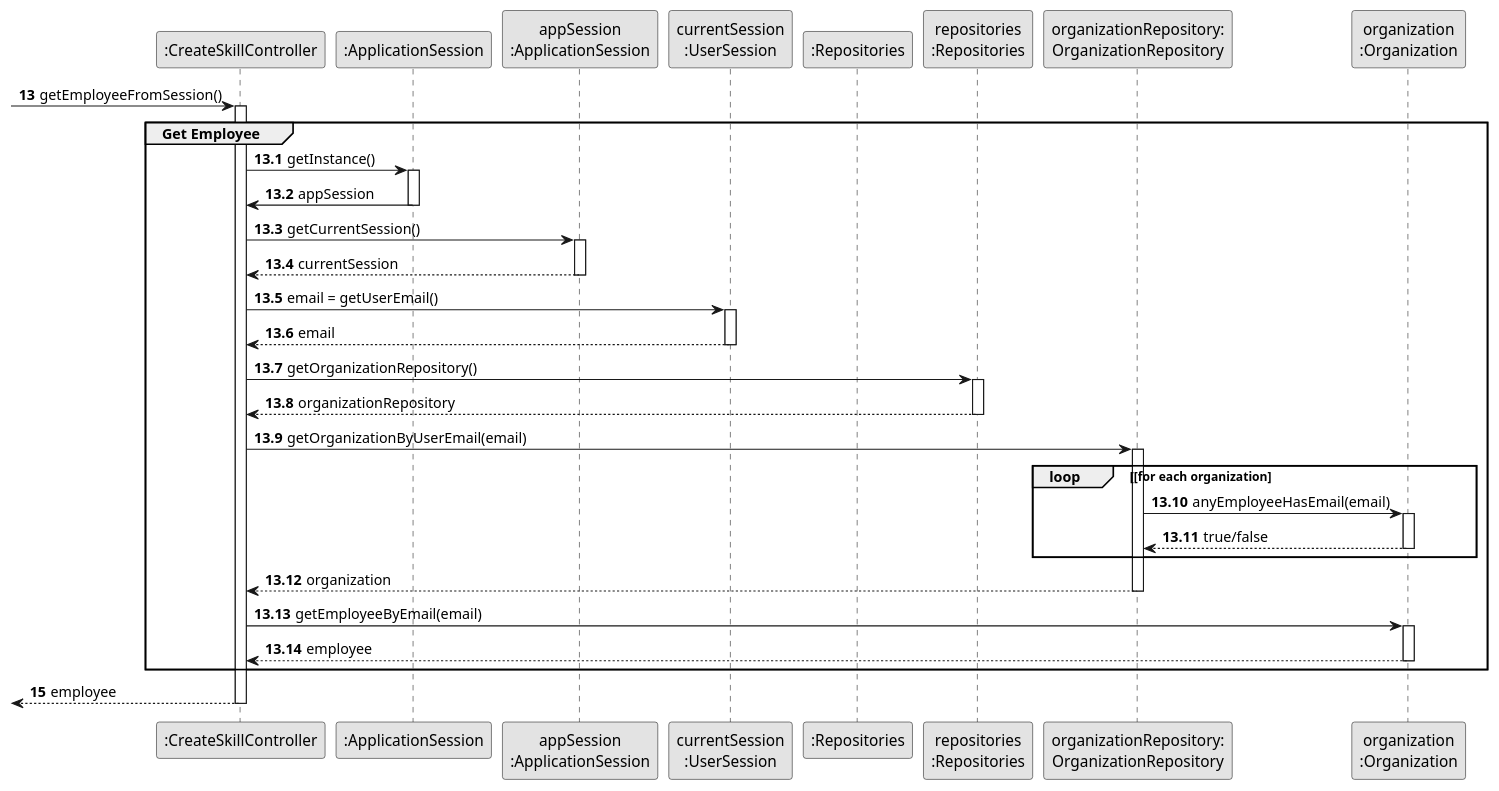
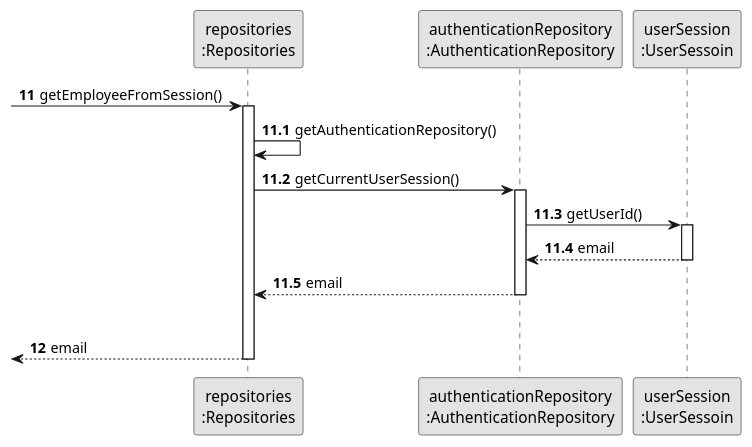
Before and after one commit to Paulo-Pereira-at-ISEP/lei-24-s2-1nanb-g321: the diagram in docs/sprintB/us01/03.design/puml/us01-sequence-diagram-partial-get-employee.puml, drawn with PlantUML.

Commit message:
LGGPM-115 - US01 - Design - Sequence diagram update (partial - getEmployee)

```diff
--- a/docs/sprintB/us01/03.design/puml/us01-sequence-diagram-partial-get-employee.puml
+++ b/docs/sprintB/us01/03.design/puml/us01-sequence-diagram-partial-get-employee.puml
@@ -1,72 +1,48 @@
 @startuml
 skinparam monochrome true
 skinparam packageStyle rectangle
 skinparam shadowing false
 
 
 
 'hide footbox
-participant ":CreateSkillController" as CTRL
-participant ":ApplicationSession" as _APP
-participant "appSession\n:ApplicationSession" as APP
-participant "currentSession\n:UserSession" as SESSAO
-participant ":Repositories" as RepositorySingleton
+
+
 participant "repositories\n:Repositories" as PLAT
-participant "organizationRepository:\nOrganizationRepository" as OrganizationRepository
-participant "organization\n:Organization" as ORG
+participant "authenticationRepository\n:AuthenticationRepository" as AUTH_REPO
+participant "userSession\n:UserSessoin" as USR_SESSION
 
-autonumber 13
--> CTRL : getEmployeeFromSession()
-autonumber 13.1
-activate CTRL
+
+
+autonumber 11
+-> PLAT : getEmployeeFromSession()
+
+autonumber 11.1
+
+activate PLAT
+    PLAT -> PLAT : getAuthenticationRepository()
+
+    PLAT -> AUTH_REPO : getCurrentUserSession()
+
+    activate AUTH_REPO
+
+        AUTH_REPO -> USR_SESSION : getUserId()
+
+        activate USR_SESSION
+
+            USR_SESSION --> AUTH_REPO : email
+
+        deactivate USR_SESSION
+
+    AUTH_REPO -->PLAT : email
+
+    deactivate AUTH_REPO
 
     group Get Employee
-        CTRL -> _APP: getInstance()
-        activate _APP
-            _APP -> CTRL: appSession
-        deactivate _APP
 
-        CTRL -> APP: getCurrentSession()
-        activate APP
+    autonumber 12
 
-            APP --> CTRL: currentSession
-        deactivate APP
-
-        CTRL -> SESSAO: email = getUserEmail()
-        activate SESSAO
-
-            SESSAO --> CTRL: email
-        deactivate SESSAO
-
-        CTRL -> PLAT: getOrganizationRepository()
-        activate PLAT
-
-            PLAT --> CTRL: organizationRepository
-        deactivate PLAT
-
-        CTRL -> OrganizationRepository: getOrganizationByUserEmail(email)
-        activate OrganizationRepository
-
-            loop [for each organization
-                OrganizationRepository -> ORG : anyEmployeeHasEmail(email)
-                activate ORG
-
-                     ORG --> OrganizationRepository : true/false
-                deactivate ORG
-            end
-
-            OrganizationRepository --> CTRL : organization
-
-        deactivate OrganizationRepository
-
-        CTRL -> ORG: getEmployeeByEmail(email)
-        activate ORG
-
-            ORG --> CTRL : employee
-        deactivate ORG
-    end
-    autonumber 15
-    <-- CTRL : employee
-deactivate CTRL
+ <-- PLAT: email
+deactivate PLAT
 
 @enduml
```
